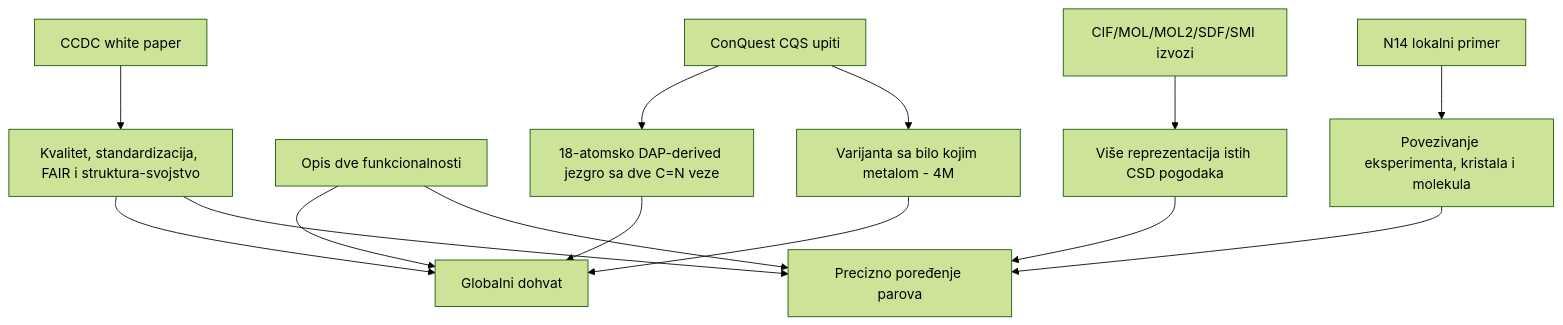
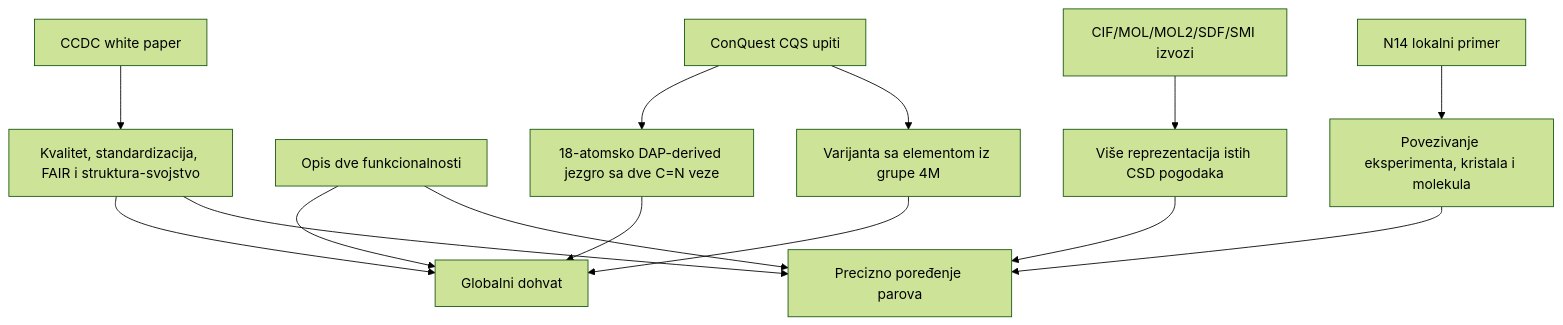
One commit to nemper/crystallography-and-ml-theory changed the first of 2 diagrams in chemistry-foundations/docs/mapa-projekta.md. Above: the diagram before and after it, drawn with Mermaid (forest theme). The commit also changed other lines of this file, not shown here.

````diff
--- a/chemistry-foundations/docs/mapa-projekta.md
+++ b/chemistry-foundations/docs/mapa-projekta.md
@@ -21,16 +21,16 @@
 ```mermaid
 flowchart TD
     W[CCDC white paper] --> Q[Kvalitet, standardizacija, FAIR i struktura-svojstvo]
     T[Opis dve funkcionalnosti] --> A[Globalni dohvat]
     T --> B[Precizno poređenje parova]
     CQS[ConQuest CQS upiti] --> D[18-atomsko DAP-derived jezgro sa dve C=N veze]
-    CQS --> M[Varijanta sa bilo kojim metalom - 4M]
+    CQS --> M[Varijanta sa elementom iz grupe 4M]
     EXP[CIF/MOL/MOL2/SDF/SMI izvozi] --> R[Više reprezentacija istih CSD pogodaka]
     N14[N14 lokalni primer] --> X[Povezivanje eksperimenta, kristala i molekula]
     Q --> A
     Q --> B
     D --> A
     M --> A
     R --> B
     X --> B
 ```
````
